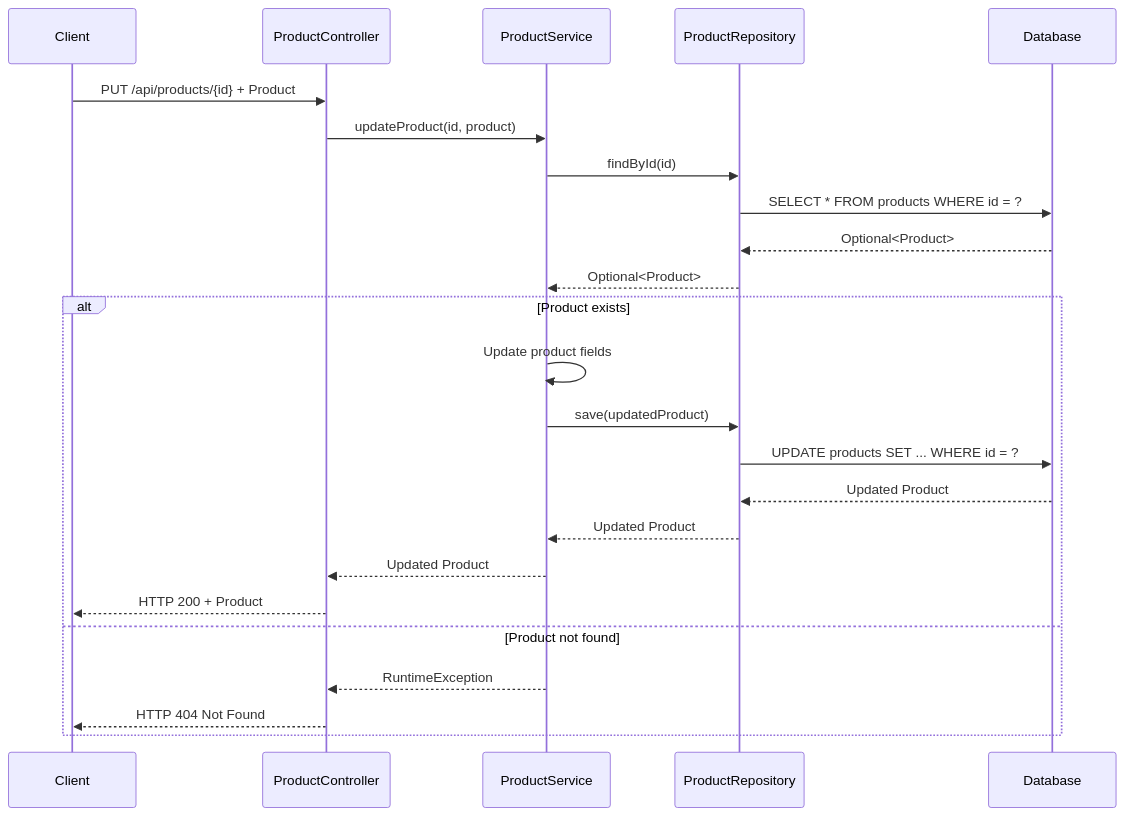
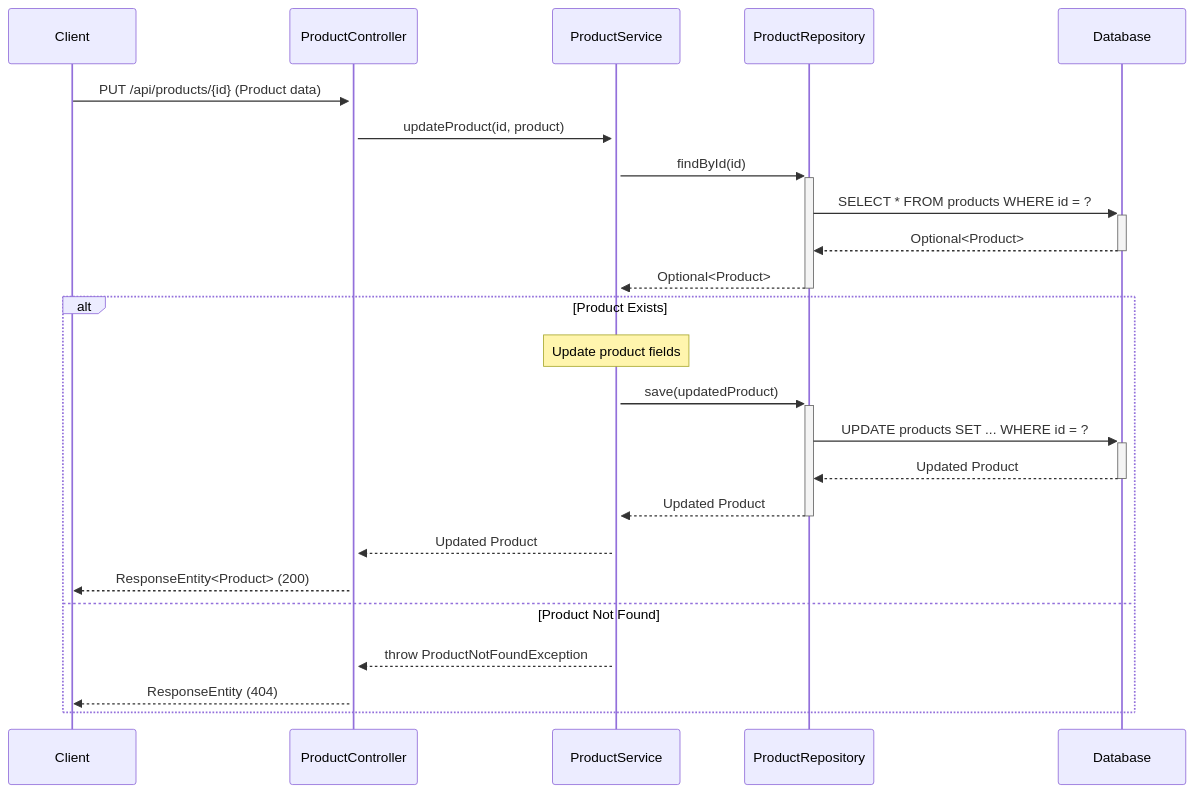
Before and after one commit to NavneetBN47/aava-ecom-demo: the sixth of 9 diagrams in docs/LLD/lld.md, drawn with Mermaid. The commit also changed other lines of this file, not shown here.

````diff
--- a/docs/LLD/lld.md
+++ b/docs/LLD/lld.md
@@ -202,28 +171,29 @@
 ```mermaid
 sequenceDiagram
     participant Client
     participant ProductController
     participant ProductService
     participant ProductRepository
     participant Database
     
-    Client->>ProductController: PUT /api/products/{id} + Product
-    ProductController->>ProductService: updateProduct(id, product)
-    ProductService->>ProductRepository: findById(id)
-    ProductRepository->>Database: SELECT * FROM products WHERE id = ?
-    Database-->>ProductRepository: Optional<Product>
-    ProductRepository-->>ProductService: Optional<Product>
+    Client->>+ProductController: PUT /api/products/{id} (Product data)
+    ProductController->>+ProductService: updateProduct(id, product)
     
-    alt Product exists
-        ProductService->>ProductService: Update product fields
-        ProductService->>ProductRepository: save(updatedProduct)
-        ProductRepository->>Database: UPDATE products SET ... WHERE id = ?
-        Database-->>ProductRepository: Updated Product
-        ProductRepository-->>ProductService: Updated Product
+    ProductService->>+ProductRepository: findById(id)
+    ProductRepository->>+Database: SELECT * FROM products WHERE id = ?
+    Database-->>-ProductRepository: Optional<Product>
+    ProductRepository-->>-ProductService: Optional<Product>
+    
+    alt Product Exists
+        Note over ProductService: Update product fields
+        ProductService->>+ProductRepository: save(updatedProduct)
+        ProductRepository->>+Database: UPDATE products SET ... WHERE id = ?
+        Database-->>-ProductRepository: Updated Product
+        ProductRepository-->>-ProductService: Updated Product
         ProductService-->>ProductController: Updated Product
-        ProductController-->>Client: HTTP 200 + Product
-    else Product not found
-        ProductService-->>ProductController: RuntimeException
-        ProductController-->>Client: HTTP 404 Not Found
+        ProductController-->>Client: ResponseEntity<Product> (200)
+    else Product Not Found
+        ProductService-->>ProductController: throw ProductNotFoundException
+        ProductController-->>Client: ResponseEntity (404)
     end
 ```
````
